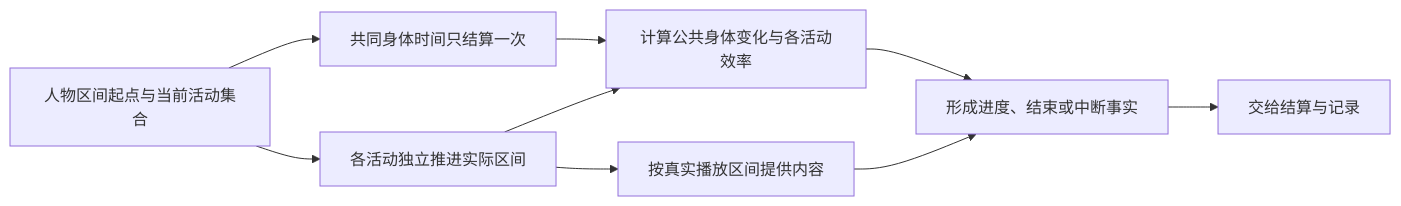
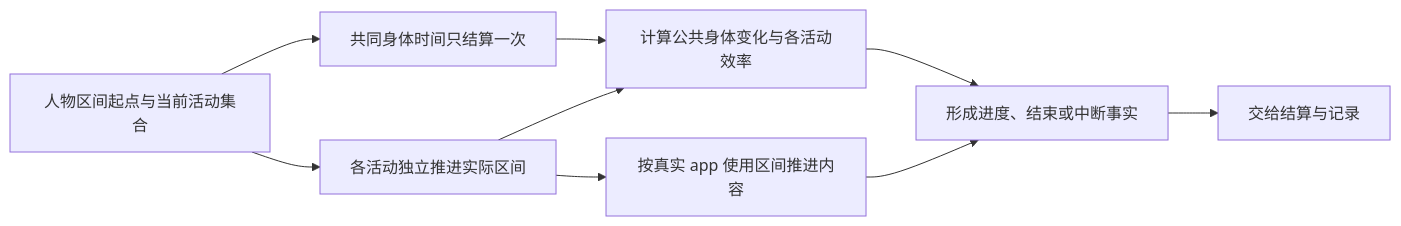
Before and after one commit to HoldThatThgt/WorldMock: the eighth of 12 diagrams in docs/design/04-simulation-engine.md, drawn with Mermaid. The commit also changed other lines of this file and 131 other files, not shown here.

````diff
--- a/docs/design/04-simulation-engine.md
+++ b/docs/design/04-simulation-engine.md
@@ -679,11 +690,11 @@
 ```mermaid
 flowchart LR
     I[人物区间起点与当前活动集合] --> B[共同身体时间只结算一次]
     I --> A[各活动独立推进实际区间]
     B --> P[计算公共身体变化与各活动效率]
     A --> P
-    A --> C[按真实播放区间提供内容]
+    A --> C[按真实 app 使用区间推进内容]
     P --> E[形成进度、结束或中断事实]
     C --> E
     E --> S[交给结算与记录]
 ```
````
